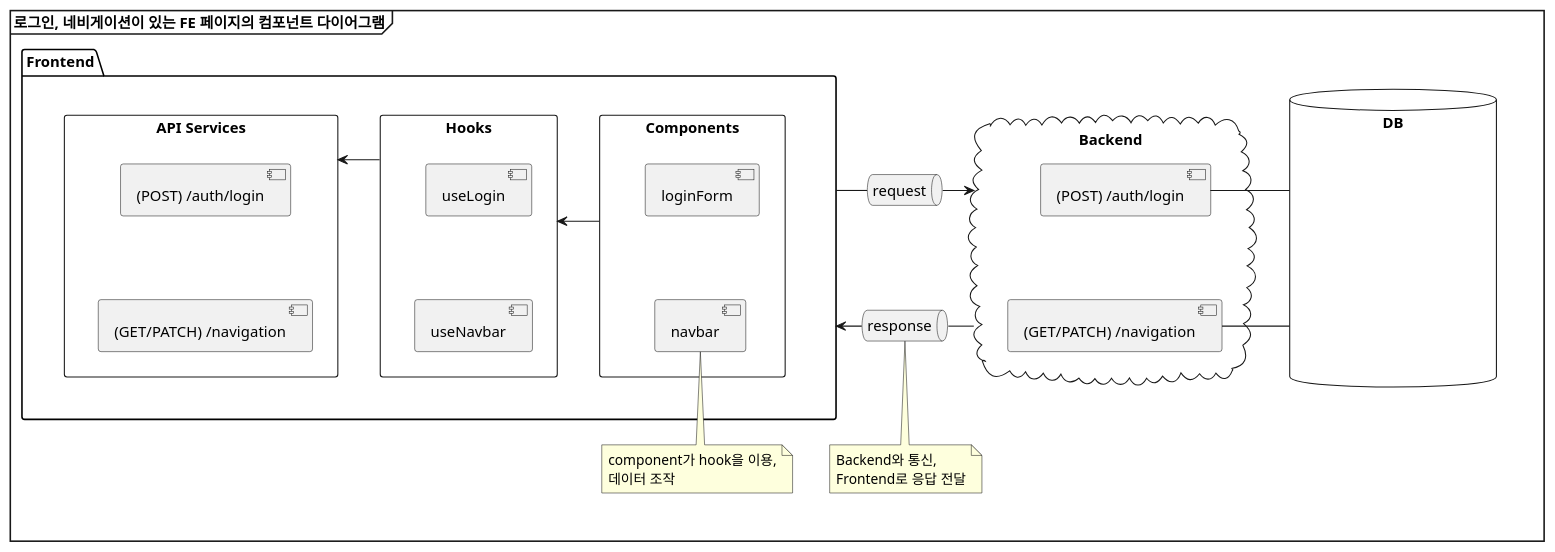
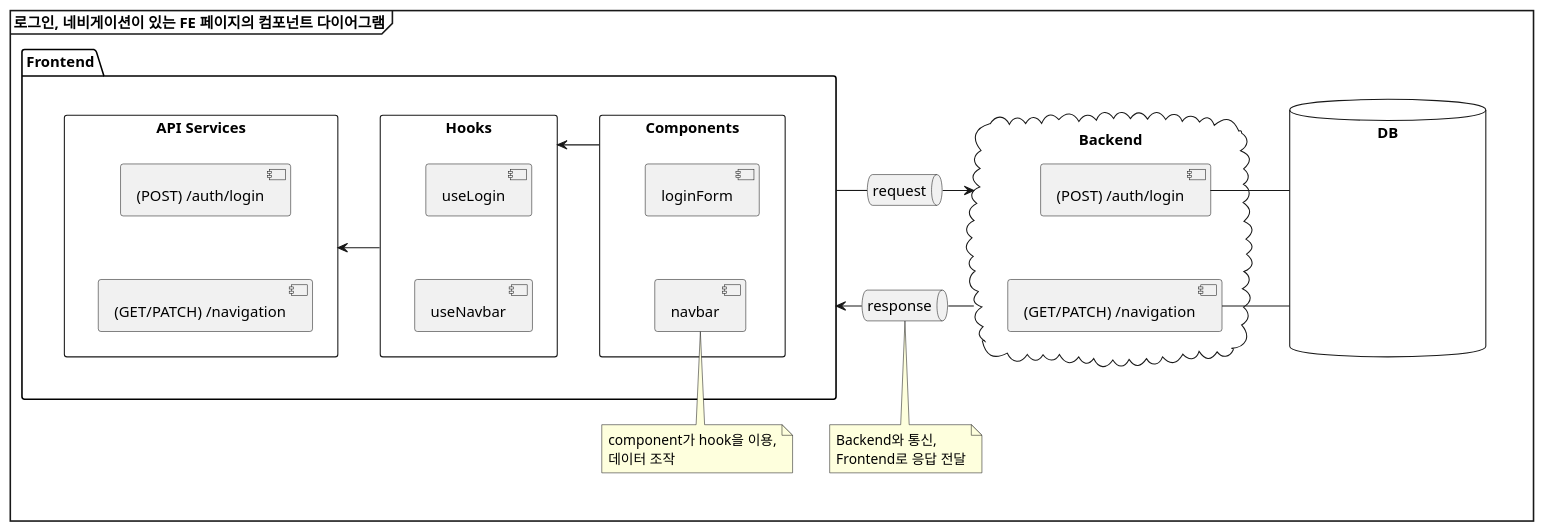
Before and after one commit to phoi5675/jest-example: the diagram in docs/frontend/1_overview.pu, drawn with PlantUML. The commit also changed 4 other files, not shown here.

Commit message:
Hide skinparam name(stereotype) in diagrams

```diff
--- a/docs/frontend/1_overview.pu
+++ b/docs/frontend/1_overview.pu
@@ -1,75 +1,77 @@
 @startuml 1_overview
+mainframe **로그인, 네비게이션이 있는 FE 페이지의 컴포넌트 다이어그램**
+hide stereotype
+
 skinparam linetype ortho
-mainframe **로그인, 네비게이션이 있는 FE 페이지의 컴포넌트 다이어그램**
 
 package "Frontend" {
   rectangle "Components" AS components {
     component "loginForm"
     component "navbar"
 
     loginForm -down[hidden]- navbar
   }
   rectangle "Hooks" AS hooks {
     component "useLogin"
     component "useNavbar"
 
     useLogin -down[hidden]- useNavbar
   }
   rectangle "API Services" AS api_services {
     component "(POST) /auth/login" AS login
     component "(GET/PATCH) /navigation" AS navigation
 
     login -down[hidden]- navigation
   }
 
   components -right-> hooks
   hooks -right-> api_services
 }
 note AS component_note
   component가 hook을 이용,
   데이터 조작
 end note
 
 note AS response_note
   Backend와 통신,
   Frontend로 응답 전달
 end note
 
 queue "request"
 queue "response"
 
 cloud "Backend" {
   component "(POST) /auth/login" AS login_api
   component "(GET/PATCH) /navigation" AS navigation_api
 
   login_api -down[hidden]- navigation_api
 }
 
 database DB {
   skinparam <<transparent>> {
     ComponentStyle rectangle
     ComponentFontColor white
     ComponentBackgroundColor transparent
     ComponentBorderColor transparent
   }
   component trasparent1 <<transparent>>
   component transparent2 <<transparent>>
 
   trasparent1 -down[hidden]- transparent2
 }
 
 DB - login_api
 DB - navigation_api
 
 request -down[hidden]- response
 
 Frontend - request
 Backend <- request
 
 Frontend <- response
 Backend -right- response
 
 navbar -down-> component_note
 response --> response_note
 
 @enduml
```
